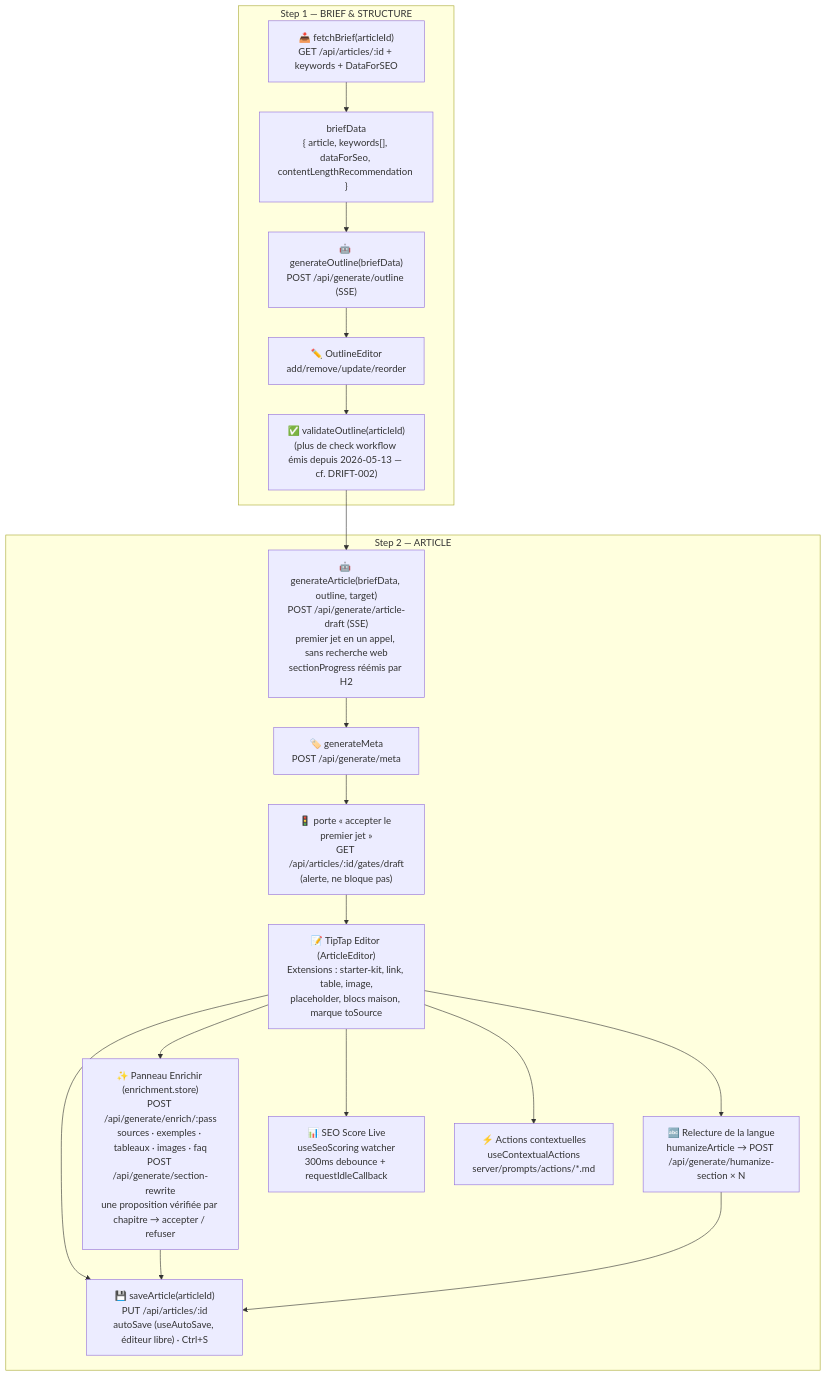
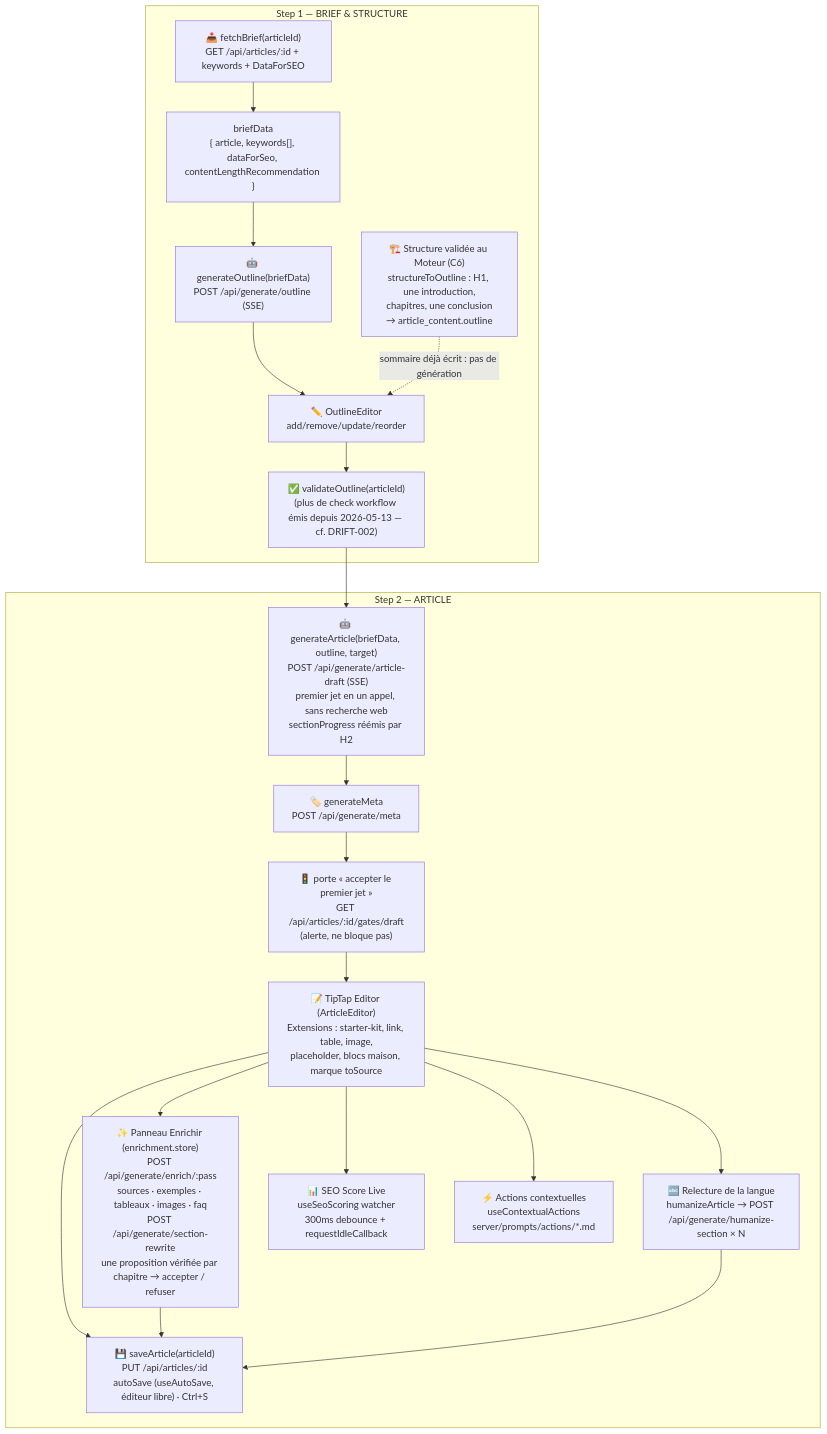
Diagram 14 of 25 in docs/ARCHITECTURE_FLOWS.md (annubis-knight/Blog_Redactor_SEO), drawn with Mermaid before and after one commit. The commit also changed other lines of this file and 11 other files, not shown here.

````diff
--- a/docs/ARCHITECTURE_FLOWS.md
+++ b/docs/ARCHITECTURE_FLOWS.md
@@ -642,37 +650,39 @@
 ```mermaid
 graph TB
     subgraph Step1["Step 1 — BRIEF & STRUCTURE"]
         FETCH["📥 fetchBrief(articleId)<br>GET /api/articles/:id + keywords + DataForSEO"]
         BRIEF_DATA["briefData<br>{ article, keywords[], dataForSeo, contentLengthRecommendation }"]
         GEN_OUTLINE["🤖 generateOutline(briefData)<br>POST /api/generate/outline (SSE)"]
         EDIT_OUTLINE["✏️ OutlineEditor<br>add/remove/update/reorder"]
         VALIDATE["✅ validateOutline(articleId)<br>(plus de check workflow émis depuis 2026-05-13 — cf. DRIFT-002)"]
 
         FETCH --> BRIEF_DATA --> GEN_OUTLINE --> EDIT_OUTLINE --> VALIDATE
+        MOTEUR_HN["🏗️ Structure validée au Moteur (C6)<br>structureToOutline : H1, une introduction,<br>chapitres, une conclusion<br>→ article_content.outline"]
+        MOTEUR_HN -.->|"sommaire déjà écrit : pas de génération"| EDIT_OUTLINE
     end
 
     subgraph Step2["Step 2 — ARTICLE"]
         GEN_ARTICLE["🤖 generateArticle(briefData, outline, target)<br>POST /api/generate/article-draft (SSE)<br>premier jet en un appel, sans recherche web<br>sectionProgress réémis par H2"]
         GATE_DRAFT["🚦 porte « accepter le premier jet »<br>GET /api/articles/:id/gates/draft<br>(alerte, ne bloque pas)"]
         EDITOR["📝 TipTap Editor (ArticleEditor)<br>Extensions : starter-kit, link, table, image,<br>placeholder, blocs maison, marque toSource"]
         GEN_META["🏷️ generateMeta<br>POST /api/generate/meta"]
         ENRICH["✨ Panneau Enrichir (enrichment.store)<br>POST /api/generate/enrich/:pass<br>sources · exemples · tableaux · images · faq<br>POST /api/generate/section-rewrite<br>une proposition vérifiée par chapitre → accepter / refuser"]
         LANG["🔤 Relecture de la langue<br>humanizeArticle → POST /api/generate/humanize-section × N"]
         SEO_LIVE["📊 SEO Score Live<br>useSeoScoring watcher<br>300ms debounce + requestIdleCallback"]
         SAVE_ART["💾 saveArticle(articleId)<br>PUT /api/articles/:id<br>autoSave (useAutoSave, éditeur libre) · Ctrl+S"]
         ACTIONS["⚡ Actions contextuelles<br>useContextualActions<br>server/prompts/actions/*.md"]
 
         GEN_ARTICLE --> GEN_META --> GATE_DRAFT --> EDITOR
         EDITOR --> ENRICH
         EDITOR --> LANG
         EDITOR --> SEO_LIVE
         EDITOR --> SAVE_ART
         EDITOR --> ACTIONS
         ENRICH --> SAVE_ART
         LANG --> SAVE_ART
     end
 
     VALIDATE --> GEN_ARTICLE
 
     %% Checks Rédaction retirés 2026-05-13 (cf. DRIFT-002) — la progression Rédaction est lisible directement via l'état métier (sommaire présent, contenu présent, etc.), pas via des checks workflow.
 ```
````
